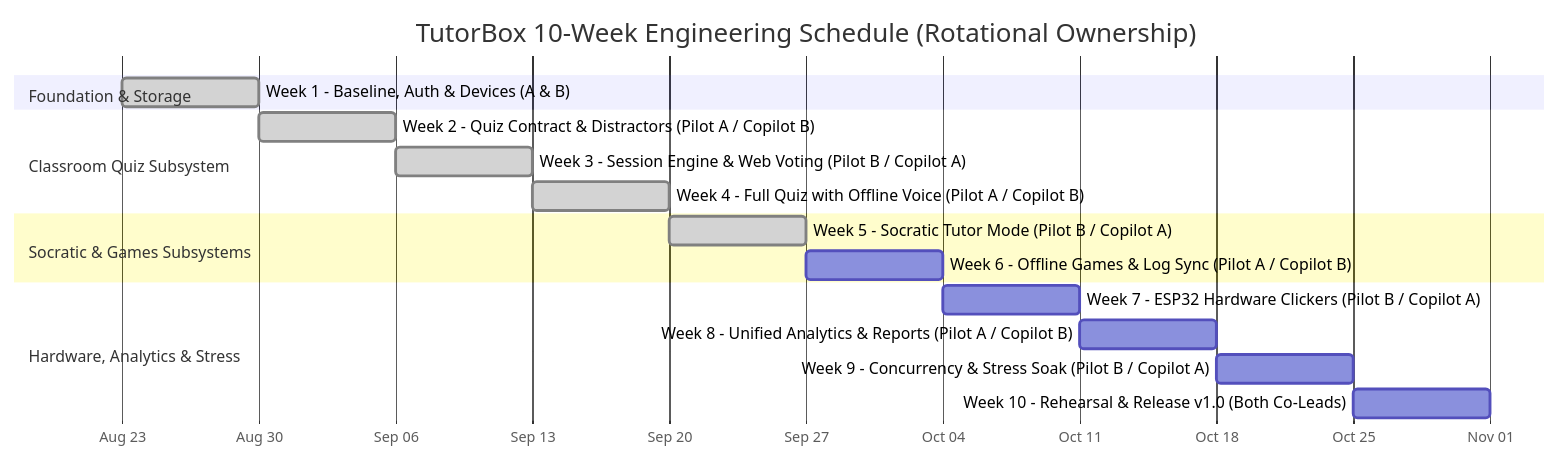
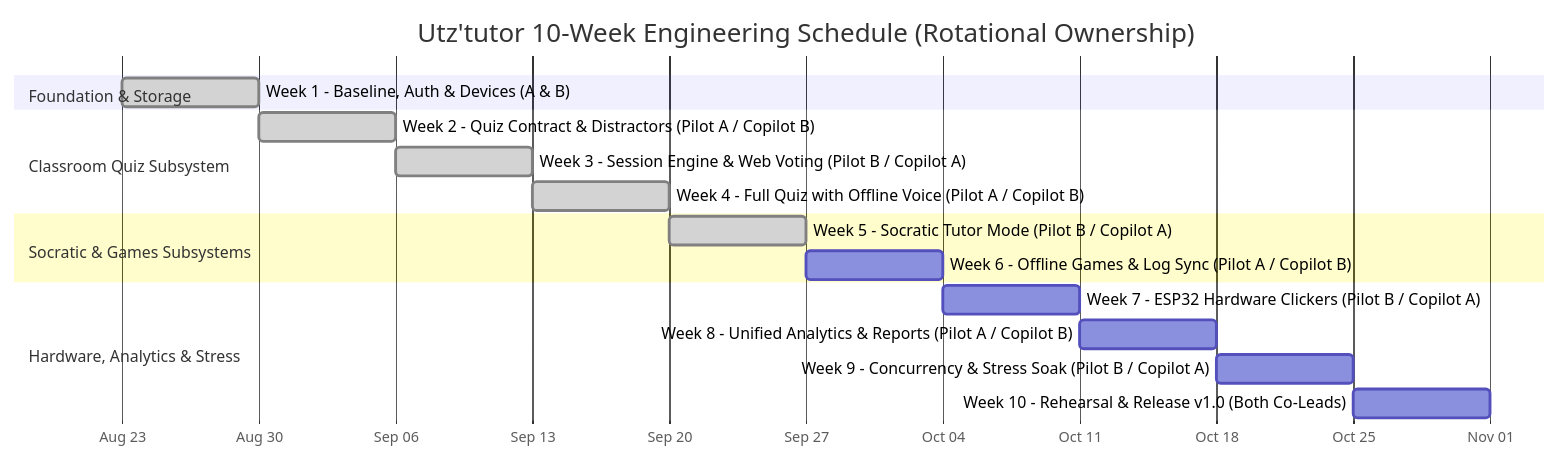
One commit to GabGP/TutorBox changed the diagram in docs/milestones/roadmap.md. Above: the diagram before and after it, drawn with Mermaid. The commit also changed other lines of this file and 127 other files, not shown here.

Commit message:
Cambié «TutorBox» por «Utz'tutor»

````diff
--- a/docs/milestones/roadmap.md
+++ b/docs/milestones/roadmap.md
@@ -45,24 +45,24 @@
 ```mermaid
 gantt
-    title TutorBox 10-Week Engineering Schedule (Rotational Ownership)
+    title Utz'tutor 10-Week Engineering Schedule (Rotational Ownership)
     dateFormat  YYYY-MM-DD
     axisFormat  %b %d
 
     section Foundation & Storage
     Week 1 - Baseline, Auth & Devices (A & B) :done, w1, 2026-08-23, 2026-08-30
 
     section Classroom Quiz Subsystem
     Week 2 - Quiz Contract & Distractors (Pilot A / Copilot B) :done, w2, 2026-08-30, 2026-09-06
     Week 3 - Session Engine & Web Voting (Pilot B / Copilot A) :done, w3, 2026-09-06, 2026-09-13
     Week 4 - Full Quiz with Offline Voice (Pilot A / Copilot B) :done, w4, 2026-09-13, 2026-09-20
 
     section Socratic & Games Subsystems
     Week 5 - Socratic Tutor Mode (Pilot B / Copilot A)         :done, w5, 2026-09-20, 2026-09-27
     Week 6 - Offline Games & Log Sync (Pilot A / Copilot B)    :w6, 2026-09-27, 2026-10-04
 
     section Hardware, Analytics & Stress
     Week 7 - ESP32 Hardware Clickers (Pilot B / Copilot A)     :w7, 2026-10-04, 2026-10-11
     Week 8 - Unified Analytics & Reports (Pilot A / Copilot B) :w8, 2026-10-11, 2026-10-18
     Week 9 - Concurrency & Stress Soak (Pilot B / Copilot A)   :w9, 2026-10-18, 2026-10-25
     Week 10 - Rehearsal & Release v1.0 (Both Co-Leads)         :w10, 2026-10-25, 2026-11-01
 ```
````
